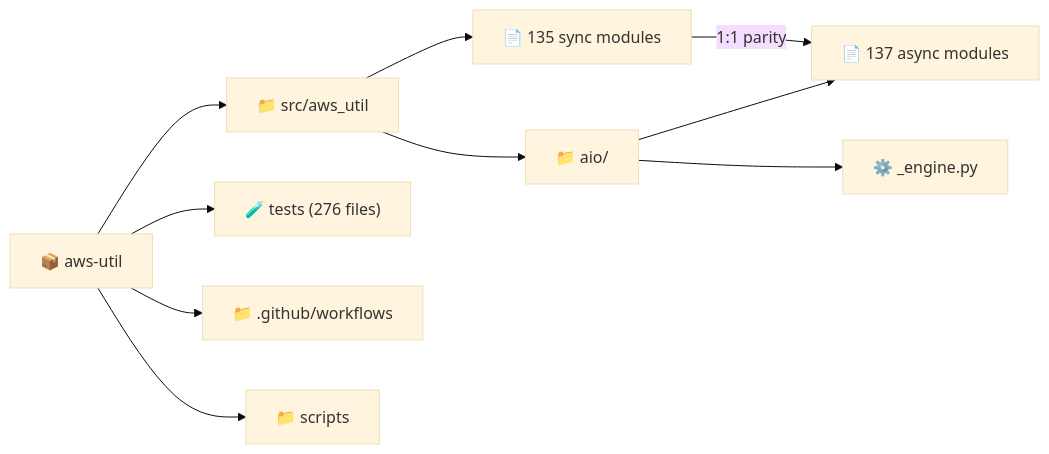
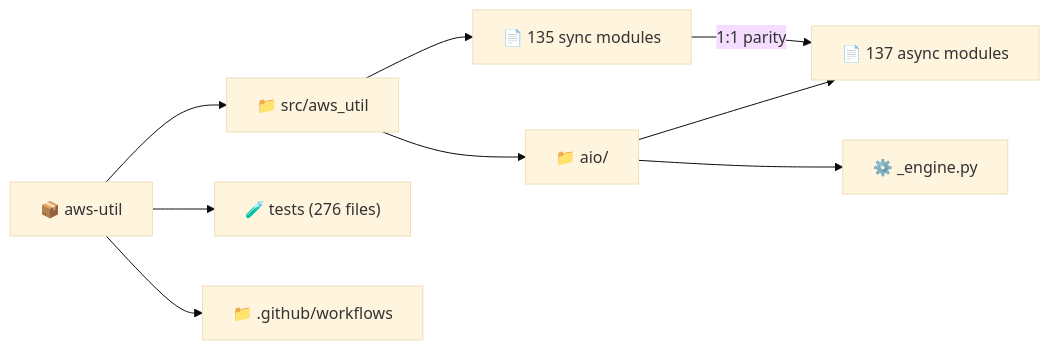
One commit to Masrik-Dahir/aws-util-python changed the second of 3 diagrams in README.md. Above: the diagram before and after it, drawn with Mermaid (base theme). The commit also changed other lines of this file and 2 other files, not shown here.

````diff
--- a/README.md
+++ b/README.md
@@ -171,12 +134,11 @@
 ```mermaid
 graph LR
     Root["📦 aws-util"] --> Src["📁 src/aws_util"]
     Root --> Tests["🧪 tests (276 files)"]
     Root --> GH["📁 .github/workflows"]
-    Root --> Scripts["📁 scripts"]
     Src --> SyncMods["📄 135 sync modules"]
     Src --> AIO["📁 aio/"]
     AIO --> AsyncMods["📄 137 async modules"]
     AIO --> Engine["⚙️ _engine.py"]
     SyncMods -->|"1:1 parity"| AsyncMods
 ```
````
